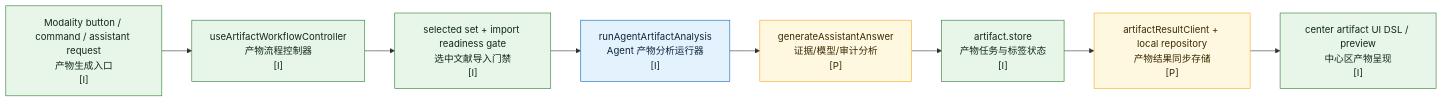
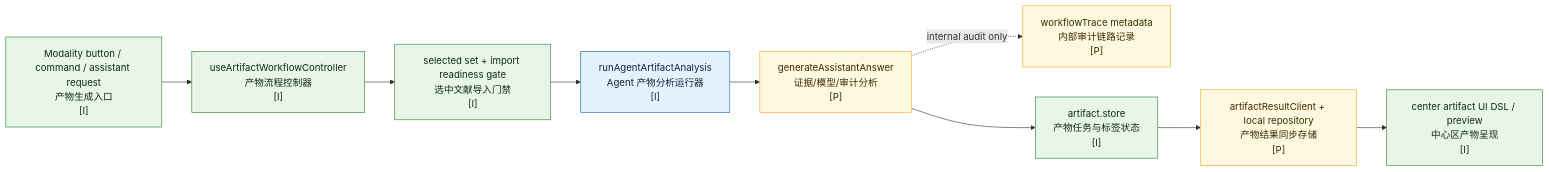
One commit to Hash012/Liteasy changed the sixth of 6 diagrams in project-docs/engineering/agent-architecture-audit.md. Above: the diagram before and after it, drawn with Mermaid. The commit also changed other lines of this file and 63 other files, not shown here.

Commit message:
feat: add workflow harness audit ledger

````diff
--- a/project-docs/engineering/agent-architecture-audit.md
+++ b/project-docs/engineering/agent-architecture-audit.md
@@ -259,17 +259,19 @@
 ```mermaid
 flowchart LR
   classDef implemented fill:#e8f5e9,stroke:#2e7d32,color:#102a12
   classDef partial fill:#fff8e1,stroke:#f9a825,color:#3a2a00
   classDef boundary fill:#e3f2fd,stroke:#1565c0,color:#10233a
 
   Button["Modality button / command / assistant request<br/>产物生成入口<br/>[I]"]:::implemented
   Controller["useArtifactWorkflowController<br/>产物流程控制器<br/>[I]"]:::implemented
   ImportGate["selected set + import readiness gate<br/>选中文献导入门禁<br/>[I]"]:::implemented
   AgentRun["runAgentArtifactAnalysis<br/>Agent 产物分析运行器<br/>[I]"]:::boundary
   Analysis["generateAssistantAnswer<br/>证据/模型/审计分析<br/>[P]"]:::partial
+  Trace["workflowTrace metadata<br/>内部审计链路记录<br/>[P]"]:::partial
   Store["artifact.store<br/>产物任务与标签状态<br/>[I]"]:::implemented
   Result["artifactResultClient + local repository<br/>产物结果同步存储<br/>[P]"]:::partial
   CenterUi["center artifact UI DSL / preview<br/>中心区产物呈现<br/>[I]"]:::implemented
 
   Button --> Controller --> ImportGate --> AgentRun --> Analysis --> Store --> Result --> CenterUi
+  Analysis -. internal audit only .-> Trace
 ```
````
